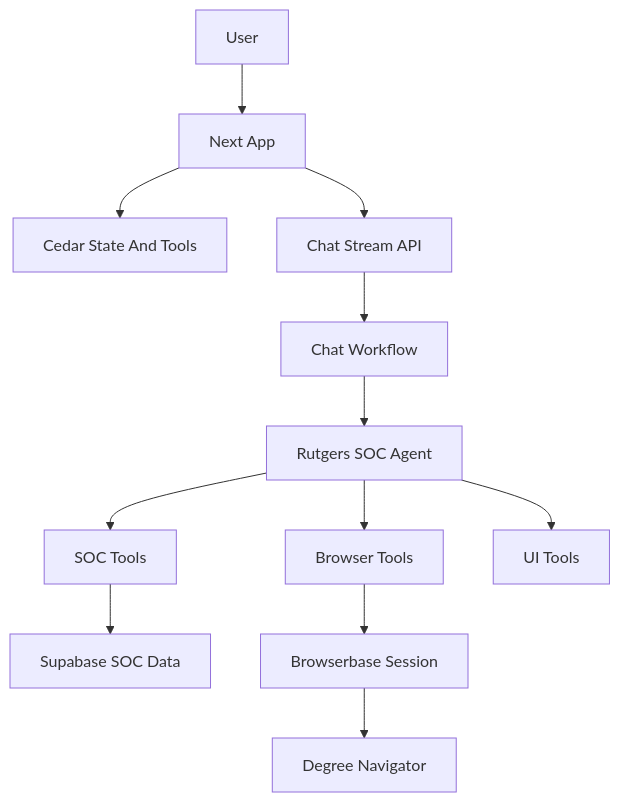
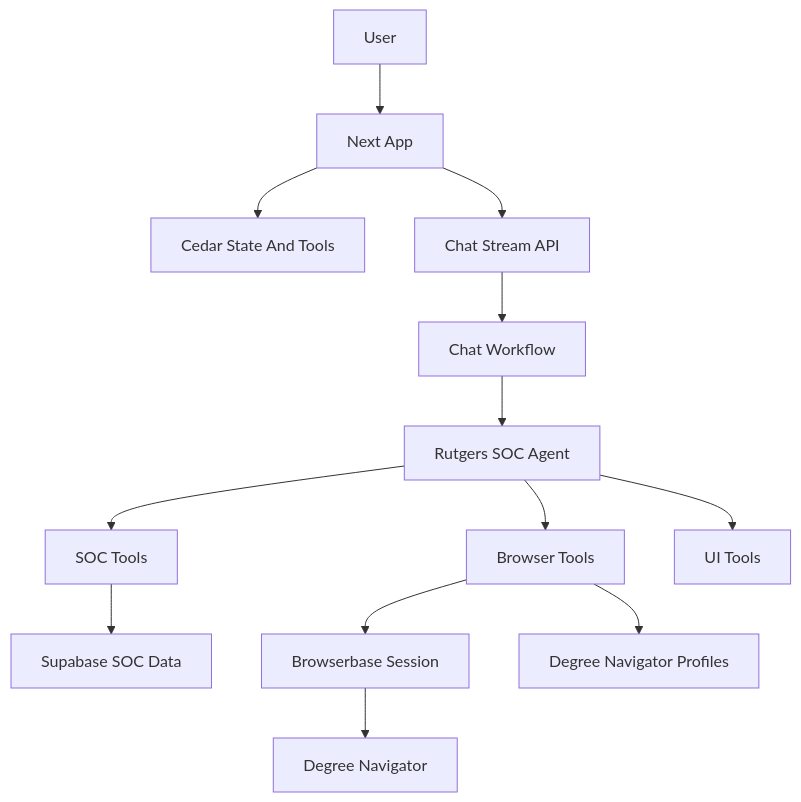
The diagram in cedar-mastra-agent/HARNESS.md (adamya-singh/rutgers-soc-mastra-agent), drawn with Mermaid before and after one commit. The commit also changed other lines of this file and 14 other files, not shown here.

First line of the commit message:
add Degree Navigator profile storage

````diff
--- a/cedar-mastra-agent/HARNESS.md
+++ b/cedar-mastra-agent/HARNESS.md
@@ -9,14 +9,15 @@
 ```mermaid
 flowchart TD
   user[User] --> frontend[Next App]
   frontend --> cedar[Cedar State And Tools]
   frontend --> chatApi[Chat Stream API]
   chatApi --> workflow[Chat Workflow]
   workflow --> agent[Rutgers SOC Agent]
   agent --> socTools[SOC Tools]
   agent --> browserTools[Browser Tools]
   agent --> uiTools[UI Tools]
   socTools --> supabase[Supabase SOC Data]
   browserTools --> browserbase[Browserbase Session]
   browserbase --> degreeNavigator[Degree Navigator]
+  browserTools --> degreeNavigatorProfiles[Degree Navigator Profiles]
 ```
````
